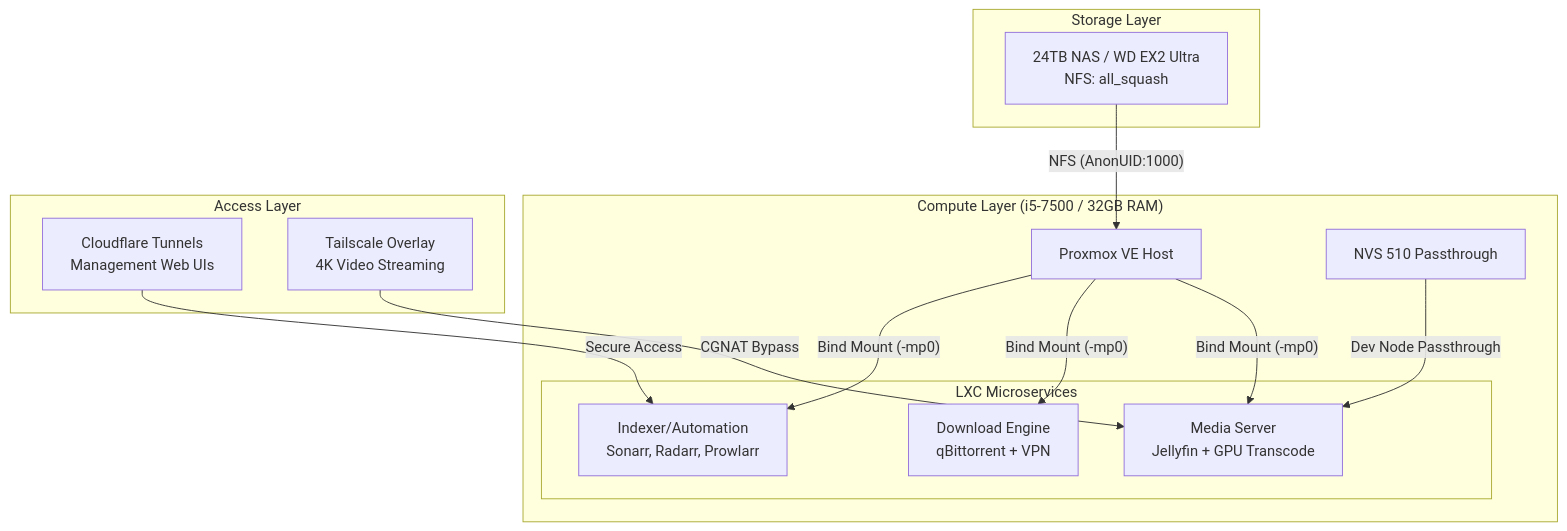
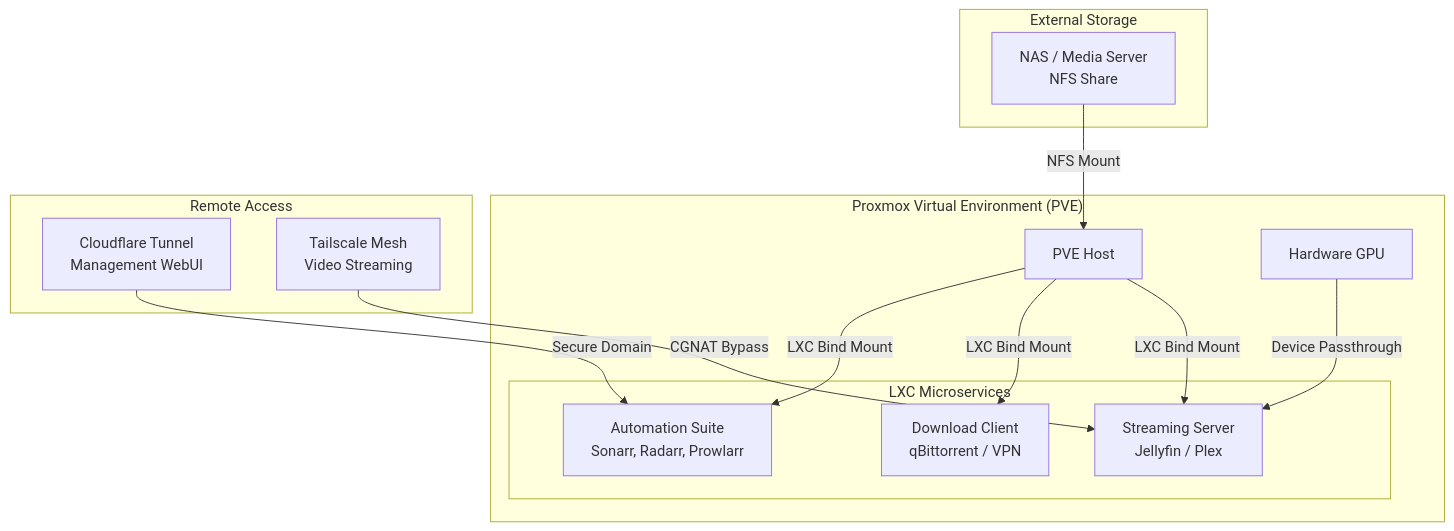
One commit to AmmarTee/ArrSuite-Guide changed the diagram in README.md. Above: the diagram before and after it, drawn with Mermaid. The commit also changed other lines of this file, not shown here.

````diff
--- a/README.md
+++ b/README.md
@@ -33,31 +38,28 @@
 ```mermaid
 graph TD
-    subgraph "Storage Layer"
-        NAS[24TB NAS / WD EX2 Ultra<br/>NFS: all_squash]
+    subgraph "External Storage"
+        NAS[NAS / Media Server<br/>NFS Share]
     end
 
-    subgraph "Compute Layer (i5-7500 / 32GB RAM)"
-        PVE[Proxmox VE Host]
-        GPU[NVS 510 Passthrough]
+    subgraph "Proxmox Virtual Environment (PVE)"
+        Host[PVE Host]
+        GPU[Hardware GPU]
         
         subgraph "LXC Microservices"
-            Arr[Indexer/Automation<br/>Sonarr, Radarr, Prowlarr]
-            QBT[Download Engine<br/>qBittorrent + VPN]
-            JF[Media Server<br/>Jellyfin + GPU Transcode]
+            Arr[Automation Suite<br/>Sonarr, Radarr, Prowlarr]
+            QBT[Download Client<br/>qBittorrent / VPN]
+            JF[Streaming Server<br/>Jellyfin / Plex]
         end
     end
 
-    subgraph "Access Layer"
-        CF[Cloudflare Tunnels<br/>Management Web UIs]
-        TS[Tailscale Overlay<br/>4K Video Streaming]
+    subgraph "Remote Access"
+        CF[Cloudflare Tunnel<br/>Management WebUI]
+        TS[Tailscale Mesh<br/>Video Streaming]
     end
 
-    NAS -- "NFS (AnonUID:1000)" --> PVE
-    PVE -- "Bind Mount (-mp0)" --> Arr
-    PVE -- "Bind Mount (-mp0)" --> QBT
-    PVE -- "Bind Mount (-mp0)" --> JF
-    GPU -- "Dev Node Passthrough" --> JF
-    
-    CF -- "Secure Access" --> Arr
+    NAS -- "NFS Mount" --> Host
+    Host -- "LXC Bind Mount" --> Arr & QBT & JF
+    GPU -- "Device Passthrough" --> JF
+    CF -- "Secure Domain" --> Arr
     TS -- "CGNAT Bypass" --> JF
 ```
````
